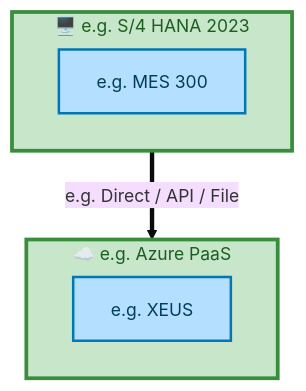
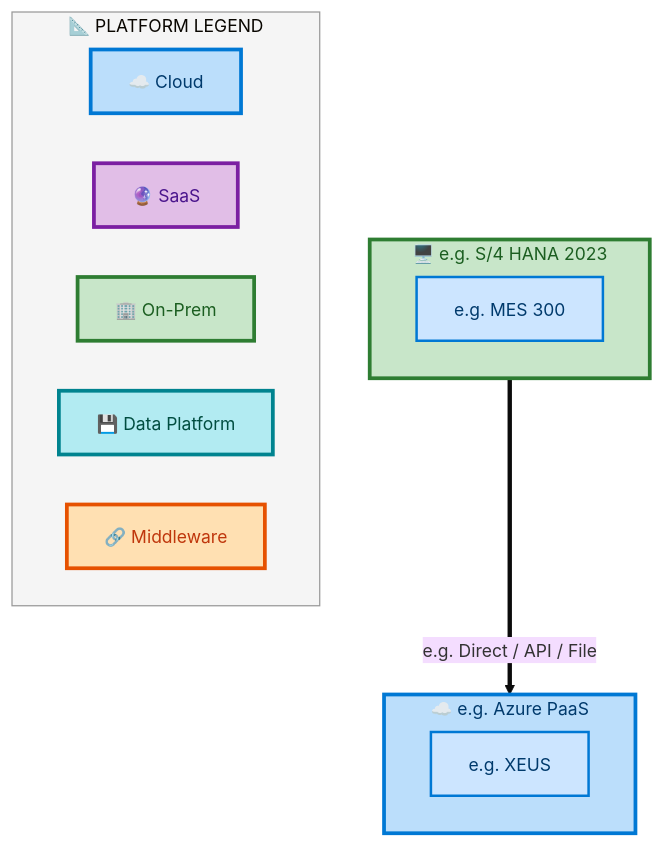
The sixth of 7 diagrams in towers/E2E/Procure to Pay/E2E-96/output/docs/systems-architecture/E2E-96-Architecture.md (sajivfrancis777/IAO-Architecture), drawn with Mermaid before and after one commit. The commit also changed other lines of this file and 394 other files, not shown here.

First line of the commit message:
feat: structured layer ordering for Mermaid architecture diagrams

````diff
--- a/towers/E2E/Procure to Pay/E2E-96/output/docs/systems-architecture/E2E-96-Architecture.md
+++ b/towers/E2E/Procure to Pay/E2E-96/output/docs/systems-architecture/E2E-96-Architecture.md
@@ -567,22 +583,36 @@
 ```mermaid
 %%{init: {"theme": "base", "securityLevel": "loose", "themeVariables": {"fontSize": "14px", "fontFamily": "Segoe UI, Arial"}, "flowchart": {"useMaxWidth": false, "htmlLabels": true, "nodeSpacing": 40, "rankSpacing": 50}} }%%
 flowchart TB
-    classDef appBox fill:#B5DFFF,stroke:#0077B6,stroke-width:2px,color:#003D5B
-    classDef platBox fill:#C8E6C9,stroke:#388E3C,stroke-width:3px,color:#1B5E20
-    classDef eolBox fill:#FFB5B5,stroke:#CC0000,stroke-width:2px,color:#660000
+    classDef appBox fill:#CCE5FF,stroke:#0078D4,stroke-width:2px,color:#003A6C
+    classDef platBox fill:#C8E6C9,stroke:#2E7D32,stroke-width:3px,color:#1B5E20
+    classDef eolBox fill:#FFCDD2,stroke:#C62828,stroke-width:2px,color:#B71C1C
 
     subgraph E2E96CPLP_e_g_Azure_PaaS["☁️ e.g. Azure PaaS"]
         direction LR
         E2E96CPLA_e_g_XEUS["e.g. XEUS"]:::appBox
     end
-    style E2E96CPLP_e_g_Azure_PaaS fill:#C8E6C9,stroke:#388E3C,stroke-width:3px,color:#1B5E20
+    style E2E96CPLP_e_g_Azure_PaaS fill:#BBDEFB,stroke:#0078D4,stroke-width:3px,color:#003A6C
 
     subgraph E2E96CPLP_e_g_S_4_HANA_2023["🖥️ e.g. S/4 HANA 2023"]
         direction LR
         E2E96CPLA_e_g_MES_300["e.g. MES 300"]:::appBox
     end
-    style E2E96CPLP_e_g_S_4_HANA_2023 fill:#C8E6C9,stroke:#388E3C,stroke-width:3px,color:#1B5E20
+    style E2E96CPLP_e_g_S_4_HANA_2023 fill:#C8E6C9,stroke:#2E7D32,stroke-width:3px,color:#1B5E20
 
     E2E96CPLP_e_g_S_4_HANA_2023 ==>|"e.g. Direct / API / File"| E2E96CPLP_e_g_Azure_PaaS
 
+    subgraph E2E96CPLLegend["📐 PLATFORM LEGEND"]
+        direction LR
+        E2E96CPLLC["☁️ Cloud"]
+        E2E96CPLLS["🔮 SaaS"]
+        E2E96CPLLO["🏢 On-Prem"]
+        E2E96CPLLD["💾 Data Platform"]
+        E2E96CPLLM["🔗 Middleware"]
+    end
+    style E2E96CPLLegend fill:#F5F5F5,stroke:#999,stroke-width:1px
+    style E2E96CPLLC fill:#BBDEFB,stroke:#0078D4,stroke-width:3px,color:#003A6C
+    style E2E96CPLLS fill:#E1BEE7,stroke:#7B1FA2,stroke-width:3px,color:#4A148C
+    style E2E96CPLLO fill:#C8E6C9,stroke:#2E7D32,stroke-width:3px,color:#1B5E20
+    style E2E96CPLLD fill:#B2EBF2,stroke:#00838F,stroke-width:3px,color:#004D40
+    style E2E96CPLLM fill:#FFE0B2,stroke:#E65100,stroke-width:3px,color:#BF360C
 ```
````
